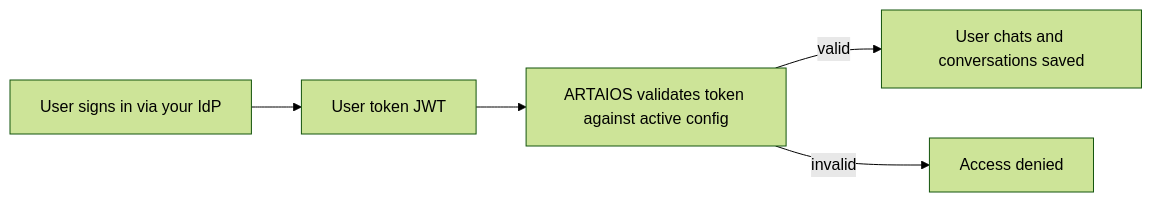
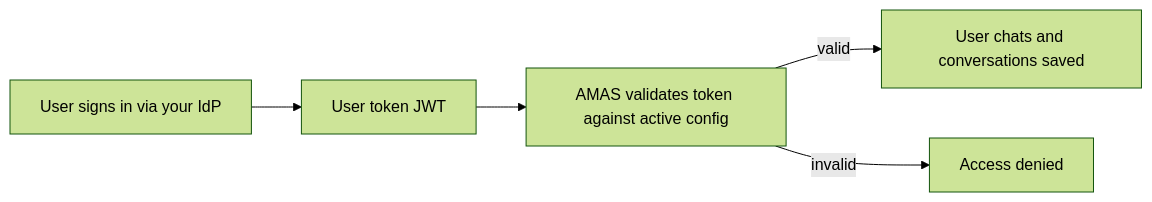
The diagram in documentation/studio/external-auth.mdx (lLostincode/docs), drawn with Mermaid (forest theme) before and after one commit. The commit also changed other lines of this file and 23 other files, not shown here.

First line of the commit message:
docs: separate AMAS from Artaios, remove Tool Builder

````diff
--- a/documentation/studio/external-auth.mdx
+++ b/documentation/studio/external-auth.mdx
@@ -30,7 +30,7 @@
 ```mermaid
 flowchart LR
   A[User signs in via your IdP] --> B[User token JWT]
-  B --> C[ARTAIOS validates token against active config]
+  B --> C[AMAS validates token against active config]
   C -->|valid| D[User chats and conversations saved]
   C -->|invalid| E[Access denied]
 ```
````
